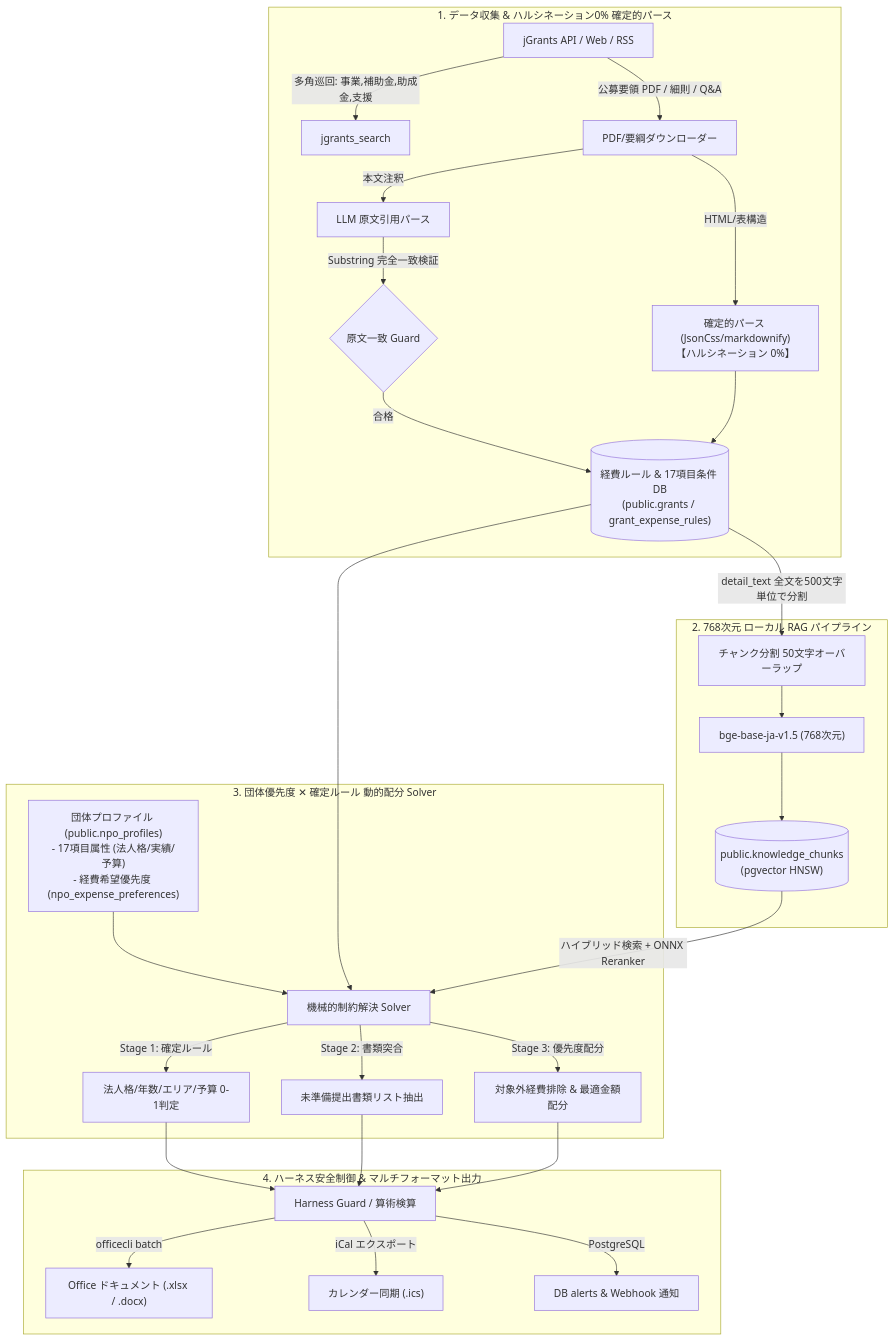
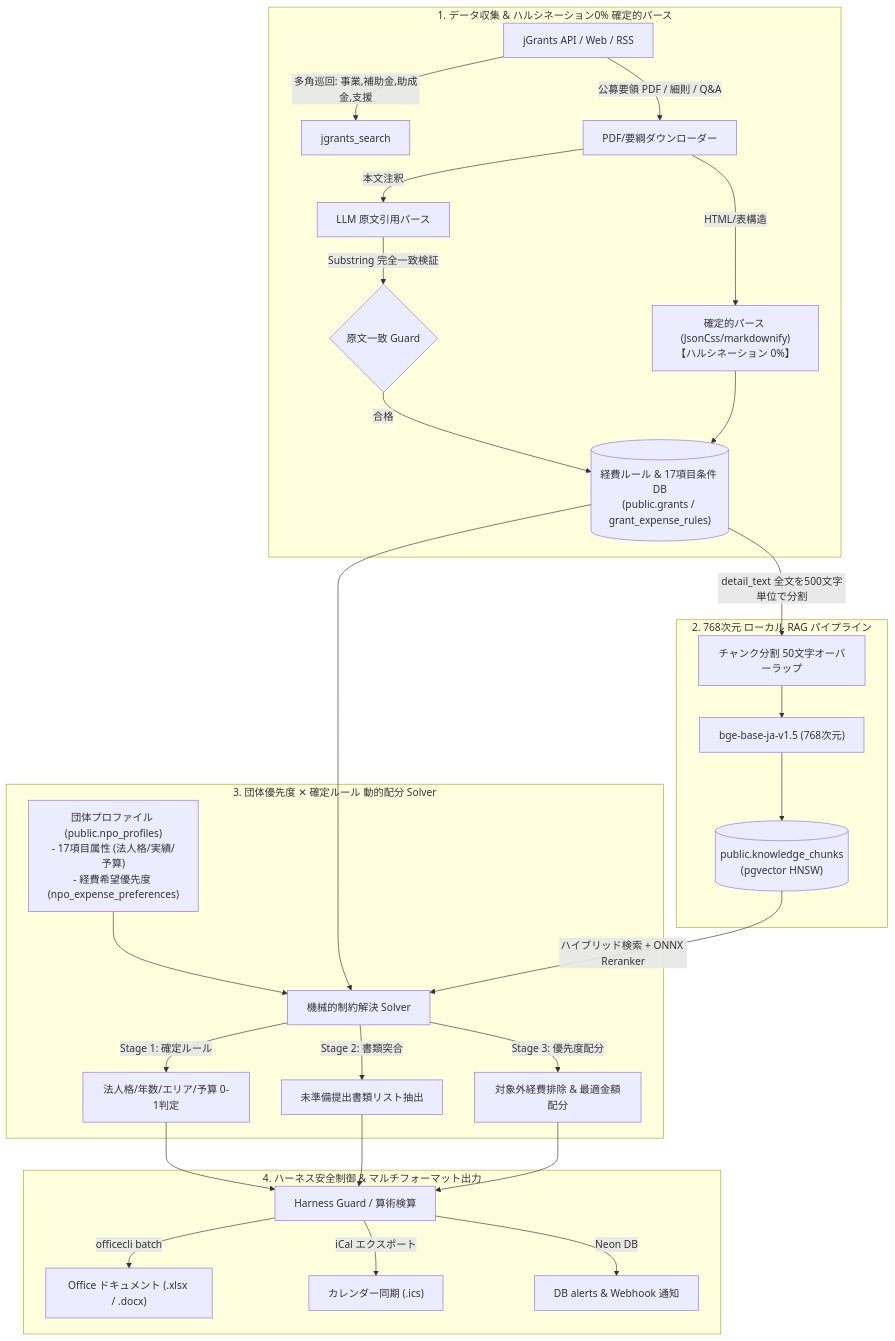
One commit to t012093/auto-grants-integrated changed the diagram in docs/grant_pipeline_spec.md. Above: the diagram before and after it, drawn with Mermaid. The commit also changed 5 other files, not shown here.

First line of the commit message:
feat: DB を Neon (Serverless PostgreSQL + pgvector) に移行・全11テーブルマイグレーション成功

````diff
--- a/docs/grant_pipeline_spec.md
+++ b/docs/grant_pipeline_spec.md
@@ -5,37 +5,37 @@
 ```mermaid
 flowchart TD
     %% 1. データ収集・確定的パース
     subgraph DataIngest ["1. データ収集 & ハルシネーション0% 確定的パース"]
         jGrants[jGrants API / Web / RSS] -->|多角巡回: 事業,補助金,助成金,支援| Collector[jgrants_search]
         jGrants -->|公募要領 PDF / 細則 / Q&A| PDFDownloader[PDF/要綱ダウンローダー]
         PDFDownloader -->|HTML/表構造| DeterministicParser["確定的パース (JsonCss/markdownify)<br/>【ハルシネーション 0%】"]
         PDFDownloader -->|本文注釈| LLMQuoteParser["LLM 原文引用パース"]
         LLMQuoteParser -->|Substring 完全一致検証| SubstringGuard{原文一致 Guard}
         SubstringGuard -->|合格| RuleDB
         DeterministicParser --> RuleDB[("経費ルール & 17項目条件 DB<br/>(public.grants / grant_expense_rules)")]
     end
 
     %% 2. 768次元 ローカル RAG エンジン
     subgraph LocalRAG ["2. 768次元 ローカル RAG パイプライン"]
         RuleDB -->|detail_text 全文を500文字単位で分割| Chunking[チャンク分割 50文字オーバーラップ]
         Chunking --> Embedder["bge-base-ja-v1.5 (768次元)"]
         Embedder --> VectorDB[("public.knowledge_chunks<br/>(pgvector HNSW)")]
     end
 
     subgraph EligibilitySolver ["3. 団体優先度 ✕ 確定ルール 動的配分 Solver"]
         OrgProfile["団体プロファイル (public.npo_profiles)<br/>- 17項目属性 (法人格/実績/予算)<br/>- 経費希望優先度 (npo_expense_preferences)"] --> SolverEngine[機械的制約解決 Solver]
         RuleDB --> SolverEngine
         VectorDB -->|ハイブリッド検索 + ONNX Reranker| SolverEngine
 
         SolverEngine -->|Stage 1: 確定ルール| S1[法人格/年数/エリア/予算 0-1判定]
         SolverEngine -->|Stage 2: 書類突合| S2[未準備提出書類リスト抽出]
         SolverEngine -->|Stage 3: 優先度配分| S3[対象外経費排除 & 最適金額配分]
     end
 
     subgraph OutputHarness ["4. ハーネス安全制御 & マルチフォーマット出力"]
         S1 & S2 & S3 --> Harness[Harness Guard / 算術検算]
         Harness -->|officecli batch| OfficeOut["Office ドキュメント (.xlsx / .docx)"]
         Harness -->|iCal エクスポート| CalendarOut["カレンダー同期 (.ics)"]
-        Harness -->|PostgreSQL| AlertOut["DB alerts & Webhook 通知"]
+        Harness -->|Neon DB| AlertOut["DB alerts & Webhook 通知"]
     end
 ```
````
